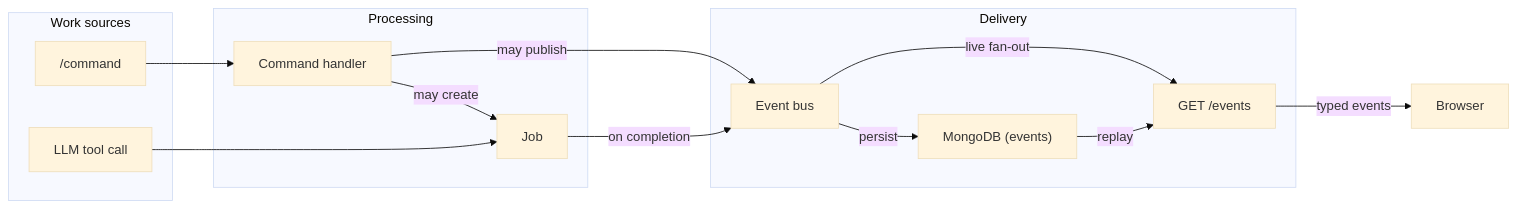
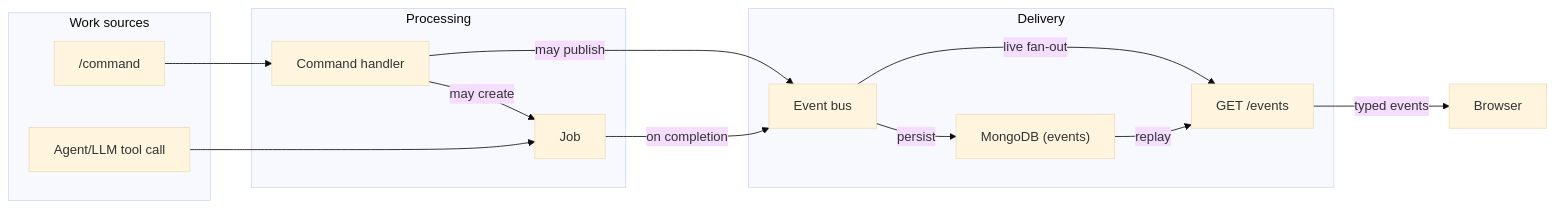
Before and after one commit to trq/flowly: the first of 4 diagrams in docs/commands-jobs-events.md, drawn with Mermaid (base theme). The commit also changed other lines of this file and 44 other files, not shown here.

First line of the commit message:
Update docs for budget onboarding agent flow (#3)

````diff
--- a/docs/commands-jobs-events.md
+++ b/docs/commands-jobs-events.md
@@ -25,28 +29,28 @@
 ```mermaid
 flowchart LR
   subgraph Sources["Work sources"]
     Slash["/command"]
-    Tool["LLM tool call"]
+    Tool["Agent/LLM tool call"]
   end
 
   subgraph Processing
     Cmd["Command handler"]
     Job["Job"]
   end
 
   subgraph Delivery
     Bus["Event bus"]
     DB["MongoDB (events)"]
     SSE["GET /events"]
   end
 
   Slash --> Cmd
   Tool --> Job
   Cmd -->|may create| Job
   Cmd -->|may publish| Bus
   Job -->|on completion| Bus
   Bus -->|persist| DB
   Bus -->|live fan-out| SSE
   DB -->|replay| SSE
   SSE -->|typed events| Browser
 ```
````
